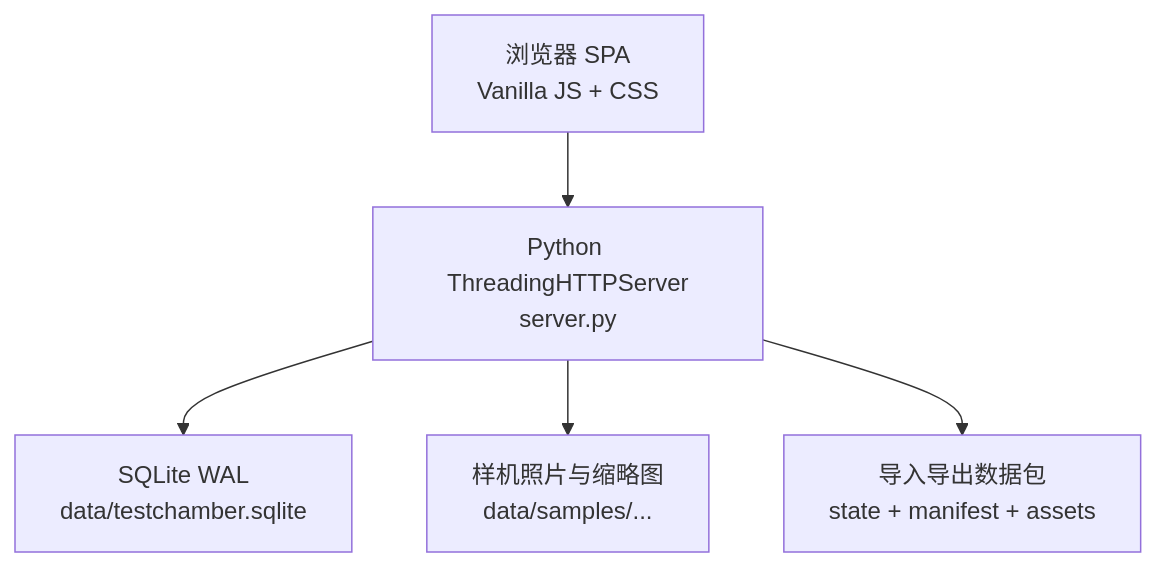
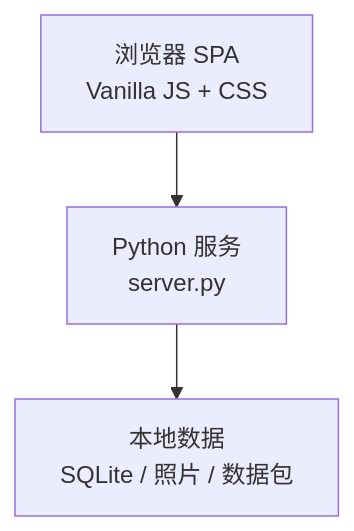
Before and after one commit to LiZiqian/TestChamber: the second of 2 diagrams in README.md, drawn with Mermaid. The commit also changed other lines of this file, not shown here.

Commit message:
Compact README architecture diagrams

````diff
--- a/README.md
+++ b/README.md
@@ -91,7 +91,8 @@
 ```mermaid
 flowchart TB
-    Browser["浏览器 SPA<br/>Vanilla JS + CSS"] --> Server["Python ThreadingHTTPServer<br/>server.py"]
-    Server --> DB["SQLite WAL<br/>data/testchamber.sqlite"]
-    Server --> Assets["样机照片与缩略图<br/>data/samples/..."]
-    Server --> Bundle["导入导出数据包<br/>state + manifest + assets"]
+    Browser["浏览器 SPA<br/>Vanilla JS + CSS"]
+    Server["Python 服务<br/>server.py"]
+    Storage["本地数据<br/>SQLite / 照片 / 数据包"]
+
+    Browser --> Server --> Storage
 ```
````
